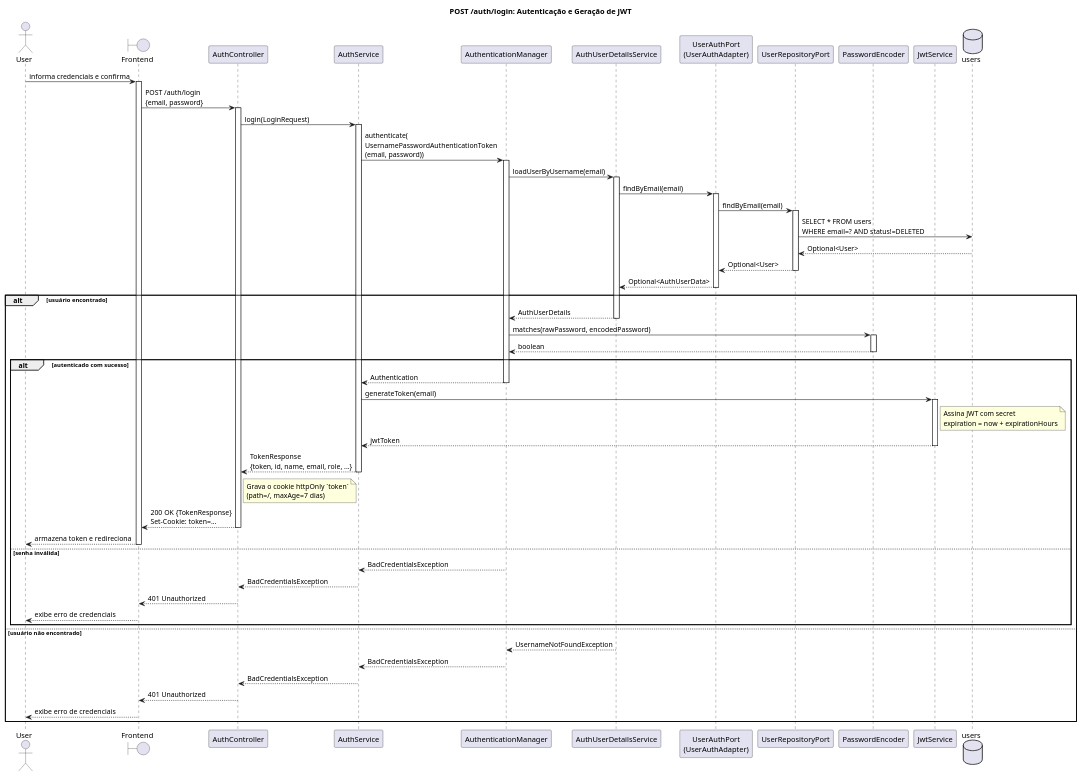
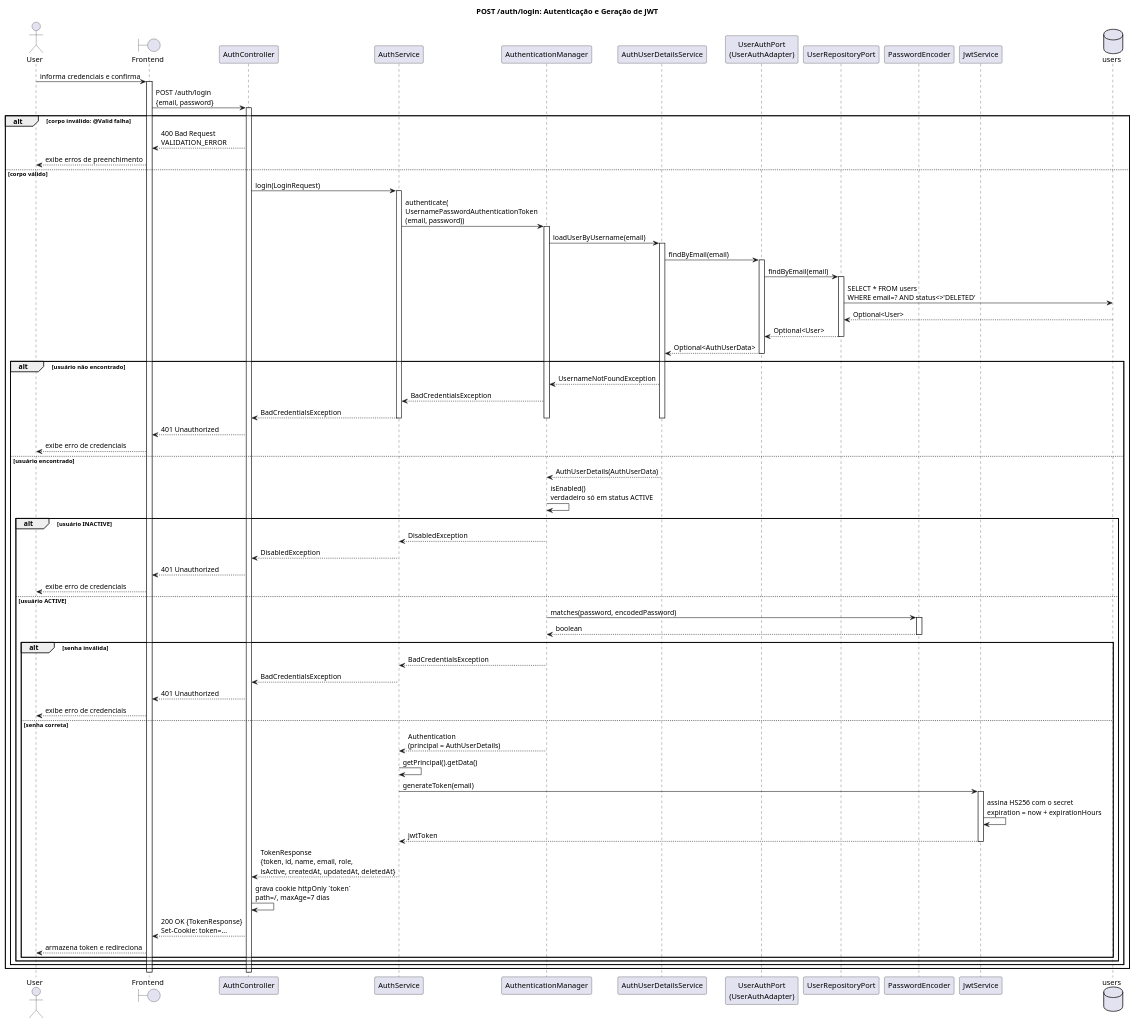
Before and after one commit to Neoguara/rooms-diagrams: the diagram in src/plantuml/sequencia/auth/login.puml, drawn with PlantUML. The commit also changed 27 other files, not shown here.

```diff
--- a/src/plantuml/sequencia/auth/login.puml
+++ b/src/plantuml/sequencia/auth/login.puml
@@ -1,93 +1,113 @@
 @startuml login
+
+' Fonte: AuthController, AuthService, AuthUserDetailsService, AuthUserDetails, JwtService
+' e UserAuthAdapter (rooms-backend). As checagens de senha e de conta habilitada ficam no
+' DaoAuthenticationProvider, acionado pelo AuthenticationManager.
 
 title POST /auth/login: Autenticação e Geração de JWT
 
 actor User
 boundary "Frontend" as FE
 participant "AuthController" as Ctrl
 participant "AuthService" as Service
 participant "AuthenticationManager" as AuthMgr
 participant "AuthUserDetailsService" as DetailsService
 participant "UserAuthPort\n(UserAuthAdapter)" as AuthPort
 participant "UserRepositoryPort" as UserRepo
 participant "PasswordEncoder" as Encoder
 participant "JwtService" as Jwt
 database "users" as DB
 
 User -> FE: informa credenciais e confirma
 activate FE
 FE -> Ctrl: POST /auth/login\n{email, password}
 activate Ctrl
 
-Ctrl -> Service: login(LoginRequest)
-activate Service
+alt corpo inválido: @Valid falha
+  Ctrl --> FE: 400 Bad Request\nVALIDATION_ERROR
+  FE --> User: exibe erros de preenchimento
+else corpo válido
 
-Service -> AuthMgr: authenticate(\nUsernamePasswordAuthenticationToken\n(email, password))
-activate AuthMgr
+  Ctrl -> Service: login(LoginRequest)
+  activate Service
 
-AuthMgr -> DetailsService: loadUserByUsername(email)
-activate DetailsService
+  Service -> AuthMgr: authenticate(\nUsernamePasswordAuthenticationToken\n(email, password))
+  activate AuthMgr
 
-DetailsService -> AuthPort: findByEmail(email)
-activate AuthPort
-AuthPort -> UserRepo: findByEmail(email)
-activate UserRepo
-UserRepo -> DB: SELECT * FROM users\nWHERE email=? AND status!=DELETED
-DB --> UserRepo: Optional<User>
-UserRepo --> AuthPort: Optional<User>
-deactivate UserRepo
-AuthPort --> DetailsService: Optional<AuthUserData>
-deactivate AuthPort
+  AuthMgr -> DetailsService: loadUserByUsername(email)
+  activate DetailsService
 
-alt usuário encontrado
-  DetailsService --> AuthMgr: AuthUserDetails
-  deactivate DetailsService
+  DetailsService -> AuthPort: findByEmail(email)
+  activate AuthPort
+  AuthPort -> UserRepo: findByEmail(email)
+  activate UserRepo
+  UserRepo -> DB: SELECT * FROM users\nWHERE email=? AND status<>'DELETED'
+  DB --> UserRepo: Optional<User>
+  UserRepo --> AuthPort: Optional<User>
+  deactivate UserRepo
+  AuthPort --> DetailsService: Optional<AuthUserData>
+  deactivate AuthPort
 
-  AuthMgr -> Encoder: matches(rawPassword, encodedPassword)
-  activate Encoder
-  Encoder --> AuthMgr: boolean
-  deactivate Encoder
-
-  alt autenticado com sucesso
-    AuthMgr --> Service: Authentication
-    deactivate AuthMgr
-
-    Service -> Jwt: generateToken(email)
-    activate Jwt
-    note right of Jwt: Assina JWT com secret\nexpiration = now + expirationHours
-    Jwt --> Service: jwtToken
-    deactivate Jwt
-
-    Service --> Ctrl: TokenResponse\n{token, id, name, email, role, ...}
-    deactivate Service
-
-    note right of Ctrl: Grava o cookie httpOnly `token`\n(path=/, maxAge=7 dias)
-
-    Ctrl --> FE: 200 OK {TokenResponse}\nSet-Cookie: token=...
-    deactivate Ctrl
-    FE --> User: armazena token e redireciona
-    deactivate FE
-  else senha inválida
+  alt usuário não encontrado
+    DetailsService --> AuthMgr: UsernameNotFoundException
     AuthMgr --> Service: BadCredentialsException
     Service --> Ctrl: BadCredentialsException
+    deactivate DetailsService
     deactivate AuthMgr
     deactivate Service
     Ctrl --> FE: 401 Unauthorized
-    deactivate Ctrl
     FE --> User: exibe erro de credenciais
-    deactivate FE
+  else usuário encontrado
+    DetailsService --> AuthMgr: AuthUserDetails(AuthUserData)
+    deactivate DetailsService
+
+    AuthMgr -> AuthMgr: isEnabled()\nverdadeiro só em status ACTIVE
+
+    alt usuário INACTIVE
+      AuthMgr --> Service: DisabledException
+      Service --> Ctrl: DisabledException
+      deactivate AuthMgr
+      deactivate Service
+      Ctrl --> FE: 401 Unauthorized
+      FE --> User: exibe erro de credenciais
+    else usuário ACTIVE
+
+      AuthMgr -> Encoder: matches(password, encodedPassword)
+      activate Encoder
+      Encoder --> AuthMgr: boolean
+      deactivate Encoder
+
+      alt senha inválida
+        AuthMgr --> Service: BadCredentialsException
+        Service --> Ctrl: BadCredentialsException
+        deactivate AuthMgr
+        deactivate Service
+        Ctrl --> FE: 401 Unauthorized
+        FE --> User: exibe erro de credenciais
+      else senha correta
+        AuthMgr --> Service: Authentication\n(principal = AuthUserDetails)
+        deactivate AuthMgr
+
+        Service -> Service: getPrincipal().getData()
+
+        Service -> Jwt: generateToken(email)
+        activate Jwt
+        Jwt -> Jwt: assina HS256 com o secret\nexpiration = now + expirationHours
+        Jwt --> Service: jwtToken
+        deactivate Jwt
+
+        Service --> Ctrl: TokenResponse\n{token, id, name, email, role,\nisActive, createdAt, updatedAt, deletedAt}
+        deactivate Service
+
+        Ctrl -> Ctrl: grava cookie httpOnly `token`\npath=/, maxAge=7 dias
+
+        Ctrl --> FE: 200 OK {TokenResponse}\nSet-Cookie: token=...
+        FE --> User: armazena token e redireciona
+      end
+    end
   end
-else usuário não encontrado
-  DetailsService --> AuthMgr: UsernameNotFoundException
-  AuthMgr --> Service: BadCredentialsException
-  Service --> Ctrl: BadCredentialsException
-  deactivate DetailsService
-  deactivate AuthMgr
-  deactivate Service
-  Ctrl --> FE: 401 Unauthorized
-  deactivate Ctrl
-  FE --> User: exibe erro de credenciais
-  deactivate FE
 end
+deactivate Ctrl
+deactivate FE
 
 @enduml
```
